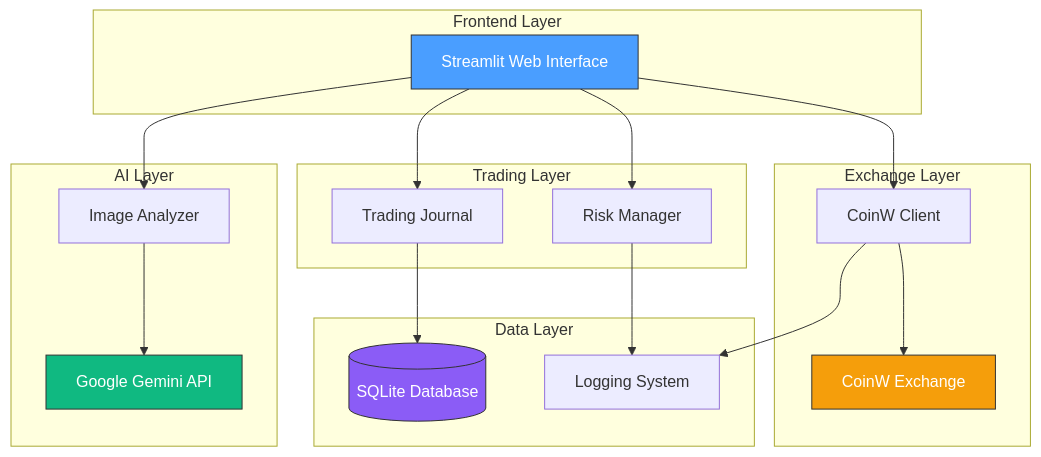
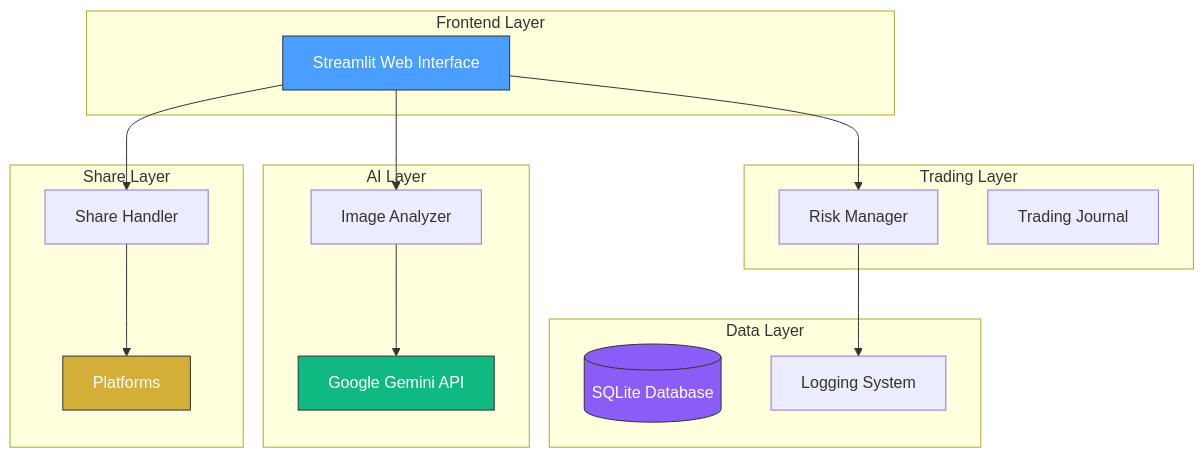
One commit to MarxMad/Trading_AI_tool changed the third of 4 diagrams in README.md. Above: the diagram before and after it, drawn with Mermaid. The commit also changed other lines of this file, not shown here.

Commit message:
Update README: Remove CoinW references, add deployment link, focus on AI analysis and sharing features

````diff
--- a/README.md
+++ b/README.md
@@ -298,41 +270,38 @@
 ```mermaid
 graph TB
     subgraph "Frontend Layer"
         UI[Streamlit Web Interface]
     end
     
     subgraph "AI Layer"
         IA[Image Analyzer]
         GEM[Google Gemini API]
     end
     
     subgraph "Trading Layer"
         RM[Risk Manager]
         CJ[Trading Journal]
     end
     
-    subgraph "Exchange Layer"
-        CW[CoinW Client]
-        EX[CoinW Exchange]
+    subgraph "Share Layer"
+        SH[Share Handler]
+        PL[Platforms]
     end
     
     subgraph "Data Layer"
         DB[(SQLite Database)]
         LOG[Logging System]
     end
     
     UI --> IA
     IA --> GEM
     UI --> RM
-    UI --> CJ
-    UI --> CW
-    CW --> EX
-    CJ --> DB
+    UI --> SH
+    SH --> PL
     RM --> LOG
-    CW --> LOG
     
     style UI fill:#4a9eff,stroke:#333,color:#fff
     style GEM fill:#10b981,stroke:#333,color:#fff
-    style EX fill:#f59e0b,stroke:#333,color:#fff
+    style PL fill:#d4af37,stroke:#333,color:#fff
     style DB fill:#8b5cf6,stroke:#333,color:#fff
 ```
````
